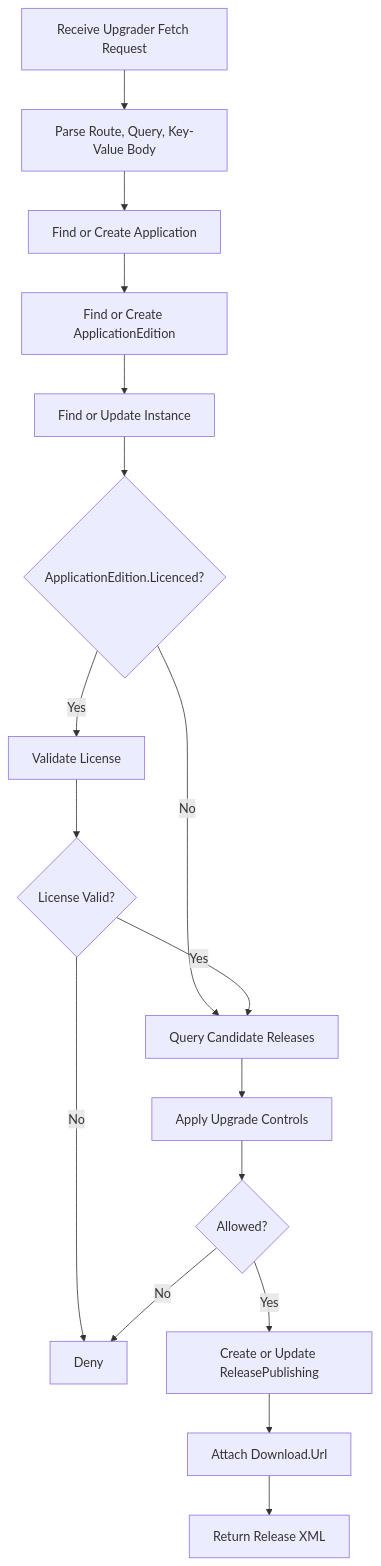
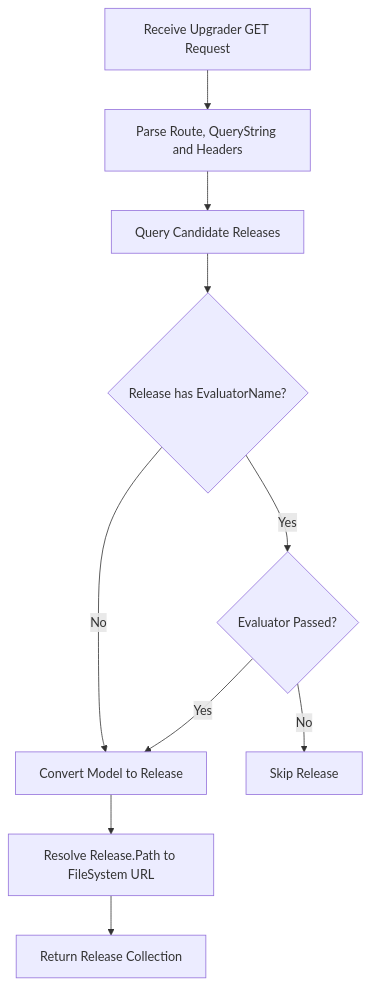
Before and after one commit to Zongsoft/framework: the diagram in upgrading/web/docs/models.md, drawn with Mermaid. The commit also changed other lines of this file and 9 other files, not shown here.

````diff
--- a/upgrading/web/docs/models.md
+++ b/upgrading/web/docs/models.md
@@ -210,19 +207,12 @@
 ```mermaid
 flowchart TD
-    A["Receive Upgrader Fetch Request"] --> B["Parse Route, Query, Key-Value Body"]
-    B --> C["Find or Create Application"]
-    C --> D["Find or Create ApplicationEdition"]
-    D --> E["Find or Update Instance"]
-    E --> F{"ApplicationEdition.Licenced?"}
-    F -- "No" --> I["Query Candidate Releases"]
-    F -- "Yes" --> H["Validate License"]
-    H --> H1{"License Valid?"}
-    H1 -- "No" --> R["Deny"]
-    H1 -- "Yes" --> I
-    I --> J["Apply Upgrade Controls"]
-    J --> K{"Allowed?"}
-    K -- "No" --> R
-    K -- "Yes" --> L["Create or Update ReleasePublishing"]
-    L --> M["Attach Download.Url"]
-    M --> N["Return Release XML"]
+	A["Receive Upgrader GET Request"] --> B["Parse Route, QueryString and Headers"]
+	B --> C["Query Candidate Releases"]
+	C --> D{"Release has EvaluatorName?"}
+	D -- "No" --> F["Convert Model to Release"]
+	D -- "Yes" --> E{"Evaluator Passed?"}
+	E -- "No" --> X["Skip Release"]
+	E -- "Yes" --> F
+	F --> G["Resolve Release.Path to FileSystem URL"]
+	G --> H["Return Release Collection"]
 ```
````
